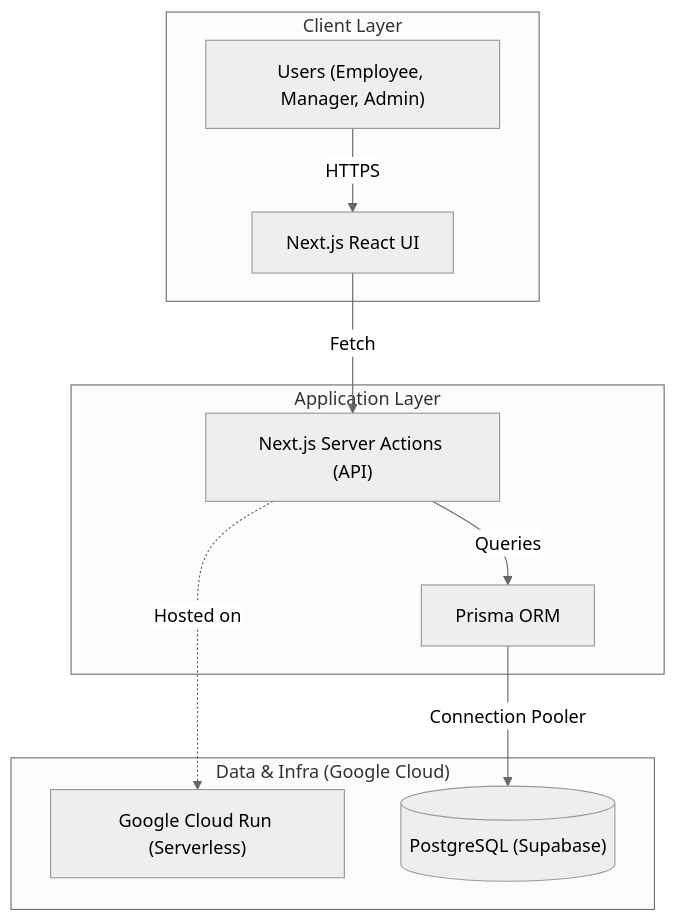
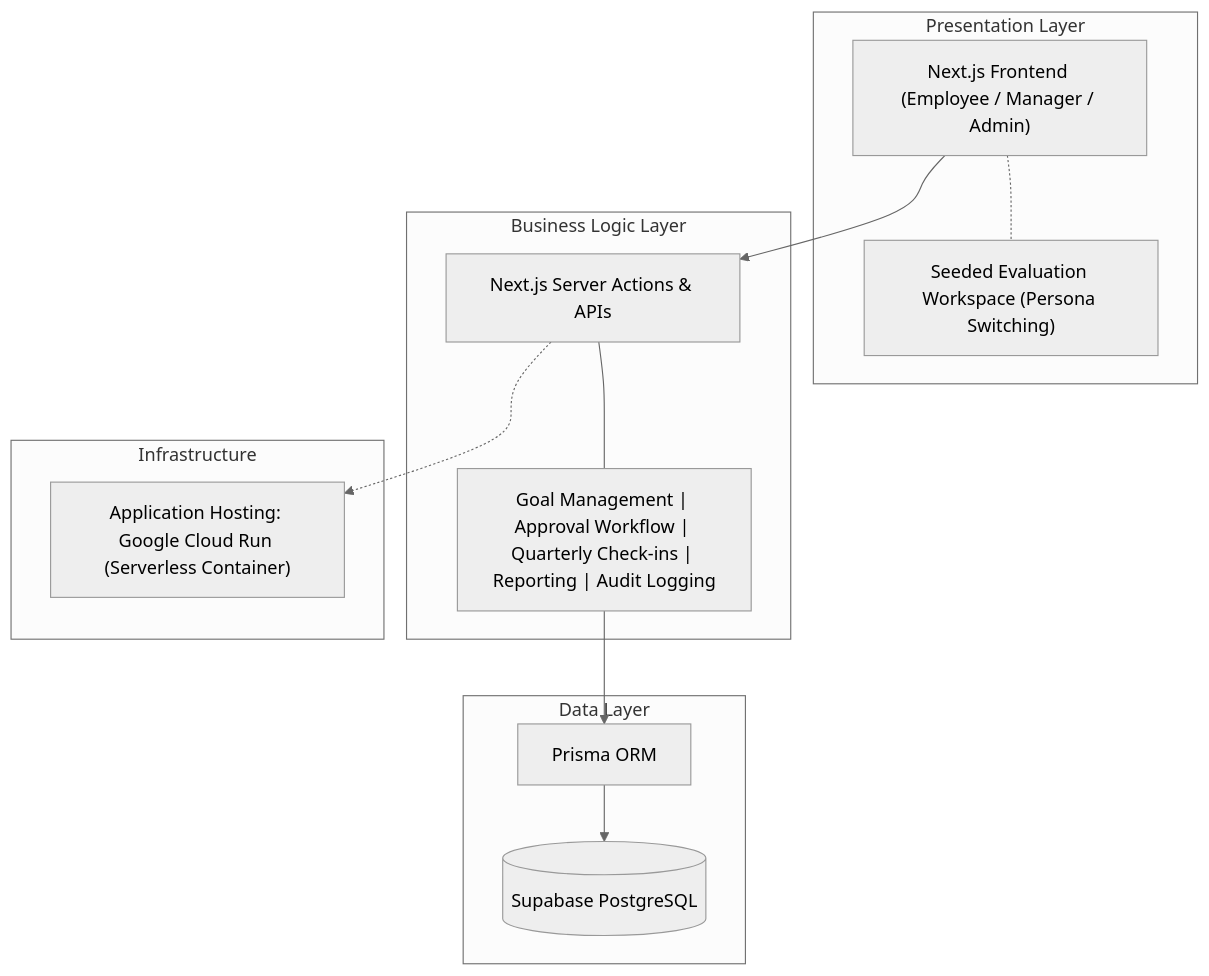
The diagram in README.md (prakyath006/Velora), drawn with Mermaid (neutral theme) before and after one commit.

Commit message:
Refine architecture diagram to meet professional SaaS standards

````diff
--- a/README.md
+++ b/README.md
@@ -12,25 +12,35 @@
 ```mermaid
 graph TD
-    %% Client Layer
-    subgraph "Client Layer"
-        Users["Users (Employee, Manager, Admin)"]
-        UI["Next.js React UI"]
-        Users -->|HTTPS| UI
+    %% Presentation Layer
+    subgraph "Presentation Layer"
+        UI["Next.js Frontend (Employee / Manager / Admin)"]
+        Eval["Seeded Evaluation Workspace (Persona Switching)"]
+        UI -.- Eval
     end
 
-    %% Application Layer
-    subgraph "Application Layer"
-        SA["Next.js Server Actions (API)"]
-        ORM["Prisma ORM"]
-        UI -->|Fetch| SA
-        SA -->|Queries| ORM
+    %% Business Logic Layer
+    subgraph "Business Logic Layer"
+        SA["Next.js Server Actions & APIs"]
+        Modules["Goal Management | Approval Workflow | Quarterly Check-ins | Reporting | Audit Logging"]
+        SA --- Modules
     end
 
     %% Data Layer
-    subgraph "Data & Infra (Google Cloud)"
-        CloudRun["Google Cloud Run (Serverless)"]
-        DB[("PostgreSQL (Supabase)")]
-        SA -.->|Hosted on| CloudRun
-        ORM -->|Connection Pooler| DB
+    subgraph "Data Layer"
+        ORM["Prisma ORM"]
+        DB[("Supabase PostgreSQL")]
     end
+
+    %% Infrastructure Hosting
+    subgraph "Infrastructure"
+        GCR["Application Hosting: Google Cloud Run (Serverless Container)"]
+    end
+
+    %% Flow
+    UI --> SA
+    Modules --> ORM
+    ORM --> DB
+    
+    %% Hosting mapping
+    SA -.-> GCR
 ```
````
